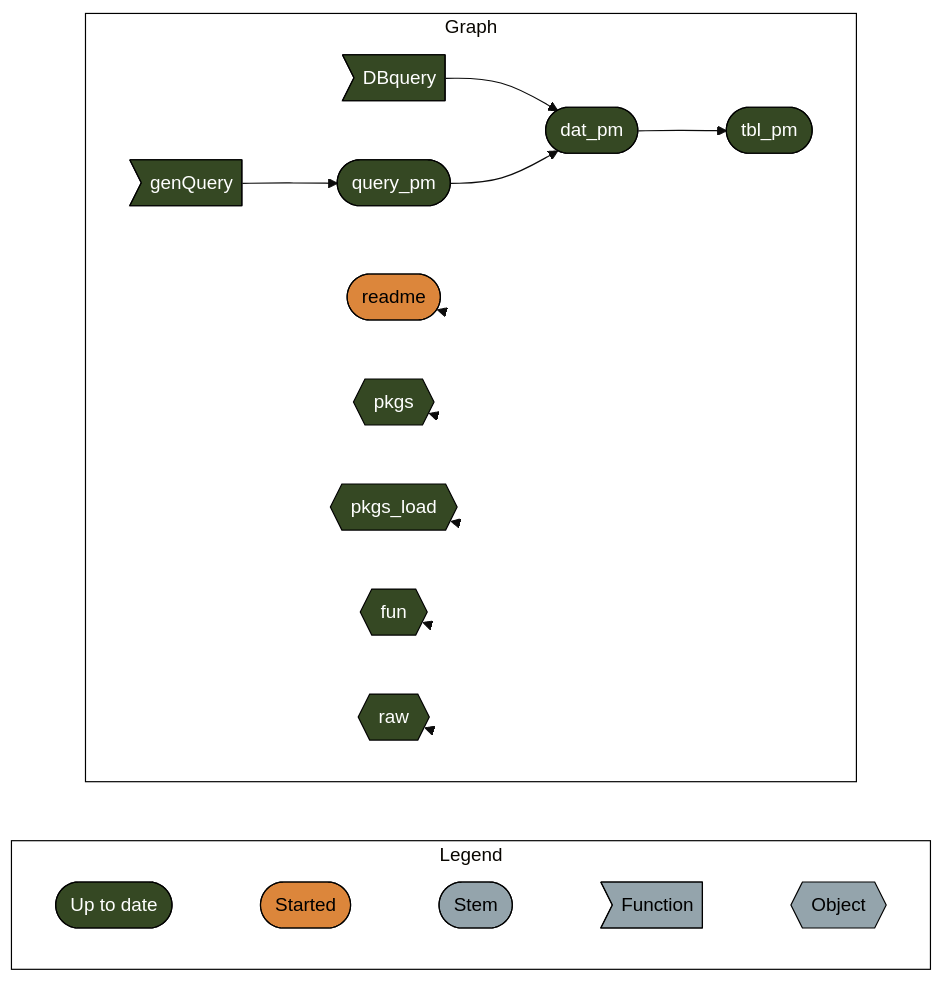
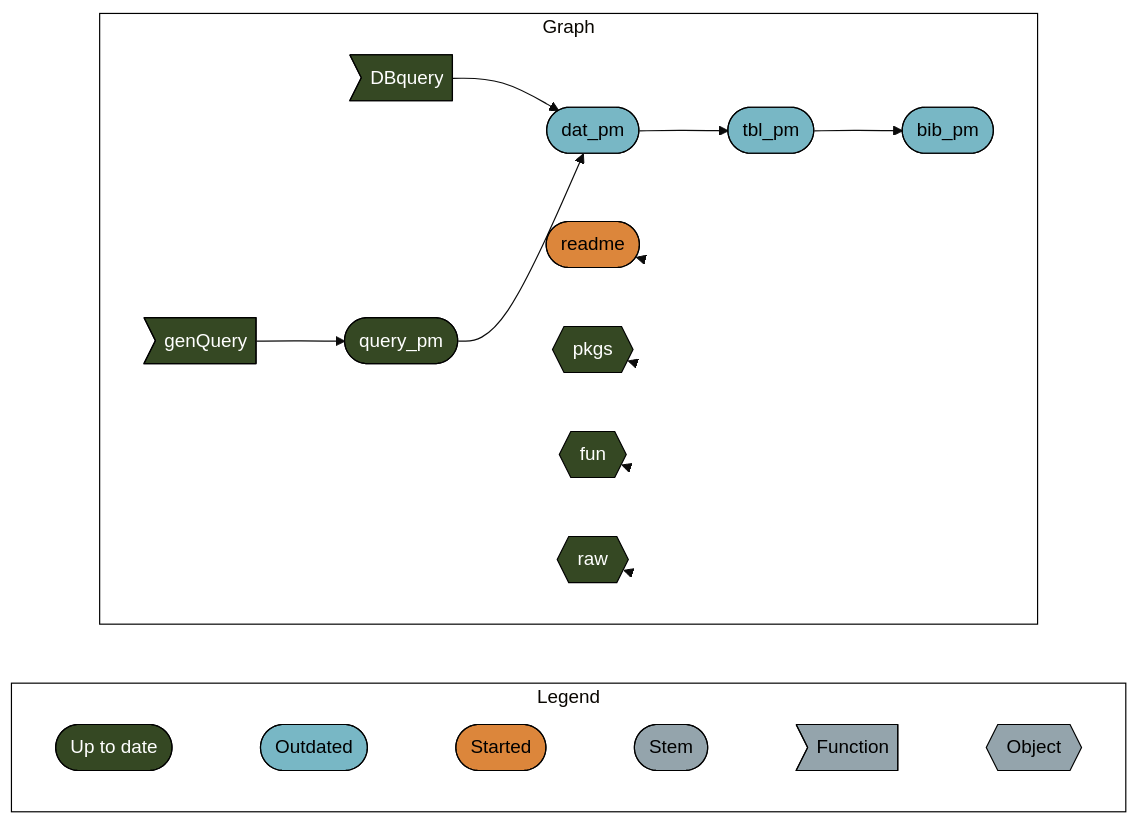
One commit to namakala/resilience-bibliometrics changed the diagram in README.md. Above: the diagram before and after it, drawn with Mermaid (base theme). The commit also changed other lines of this file and 1 other file, not shown here.

Commit message:
Fix typo when analyzing

````diff
--- a/README.md
+++ b/README.md
@@ -48,36 +52,38 @@
 ``` mermaid
 graph LR
   style Legend fill:#FFFFFF00,stroke:#000000;
   style Graph fill:#FFFFFF00,stroke:#000000;
   subgraph Legend
     direction LR
-    x7420bd9270f8d27d([""Up to date""]):::uptodate --- x5b3426b4c7fa7dbc([""Started""]):::started
+    x7420bd9270f8d27d([""Up to date""]):::uptodate --- x0a52b03877696646([""Outdated""]):::outdated
+    x0a52b03877696646([""Outdated""]):::outdated --- x5b3426b4c7fa7dbc([""Started""]):::started
     x5b3426b4c7fa7dbc([""Started""]):::started --- xbf4603d6c2c2ad6b([""Stem""]):::none
     xbf4603d6c2c2ad6b([""Stem""]):::none --- xf0bce276fe2b9d3e>""Function""]:::none
     xf0bce276fe2b9d3e>""Function""]:::none --- x5bffbffeae195fc9{{""Object""}}:::none
   end
   subgraph Graph
     direction LR
-    xcc1ff618dac8ab74>"DBquery"]:::uptodate --> x5cf279f2373e5b93(["dat_pm"]):::uptodate
-    xe4b34732e0fe646c(["query_pm"]):::uptodate --> x5cf279f2373e5b93(["dat_pm"]):::uptodate
+    x4faf10673c3a5f25(["tbl_pm"]):::outdated --> xd077ad102a0a57a3(["bib_pm"]):::outdated
+    xcc1ff618dac8ab74>"DBquery"]:::uptodate --> x5cf279f2373e5b93(["dat_pm"]):::outdated
+    xe4b34732e0fe646c(["query_pm"]):::uptodate --> x5cf279f2373e5b93(["dat_pm"]):::outdated
     xccdeb963b10f414c>"genQuery"]:::uptodate --> xe4b34732e0fe646c(["query_pm"]):::uptodate
-    x5cf279f2373e5b93(["dat_pm"]):::uptodate --> x4faf10673c3a5f25(["tbl_pm"]):::uptodate
+    x5cf279f2373e5b93(["dat_pm"]):::outdated --> x4faf10673c3a5f25(["tbl_pm"]):::outdated
     x6e52cb0f1668cc22(["readme"]):::started --> x6e52cb0f1668cc22(["readme"]):::started
     x2d15849e3198e8d1{{"pkgs"}}:::uptodate --> x2d15849e3198e8d1{{"pkgs"}}:::uptodate
-    xea1cdd6f009574c2{{"pkgs_load"}}:::uptodate --> xea1cdd6f009574c2{{"pkgs_load"}}:::uptodate
     x22b0201614333ef4{{"fun"}}:::uptodate --> x22b0201614333ef4{{"fun"}}:::uptodate
     x67be920e14d52a62{{"raw"}}:::uptodate --> x67be920e14d52a62{{"raw"}}:::uptodate
   end
   classDef uptodate stroke:#000000,color:#ffffff,fill:#354823;
+  classDef outdated stroke:#000000,color:#000000,fill:#78B7C5;
   classDef started stroke:#000000,color:#000000,fill:#DC863B;
   classDef none stroke:#000000,color:#000000,fill:#94a4ac;
   linkStyle 0 stroke-width:0px;
   linkStyle 1 stroke-width:0px;
   linkStyle 2 stroke-width:0px;
   linkStyle 3 stroke-width:0px;
-  linkStyle 8 stroke-width:0px;
-  linkStyle 9 stroke-width:0px;
+  linkStyle 4 stroke-width:0px;
   linkStyle 10 stroke-width:0px;
   linkStyle 11 stroke-width:0px;
   linkStyle 12 stroke-width:0px;
+  linkStyle 13 stroke-width:0px;
 ```
````
